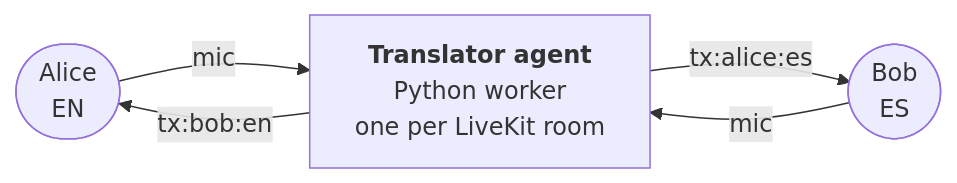
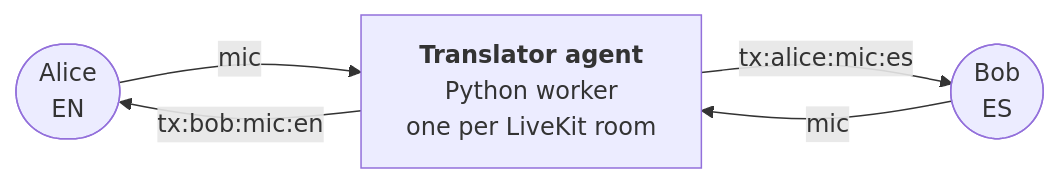
One commit to lovegold120221-dot/refactored-fortnight changed the diagram in README.md. Above: the diagram before and after it, drawn with Mermaid. The commit also changed other lines of this file, not shown here.

````diff
--- a/README.md
+++ b/README.md
@@ -23,11 +27,11 @@
 ```mermaid
 flowchart LR
     Alice(["Alice<br/>EN"])
     Bob(["Bob<br/>ES"])
     Agent["<b>Translator agent</b><br/>Python worker<br/>one per LiveKit room"]
 
     Alice -- mic --> Agent
     Bob -- mic --> Agent
-    Agent -- "tx:bob:en" --> Alice
-    Agent -- "tx:alice:es" --> Bob
+    Agent -- "tx:bob:mic:en" --> Alice
+    Agent -- "tx:alice:mic:es" --> Bob
 ```
````
